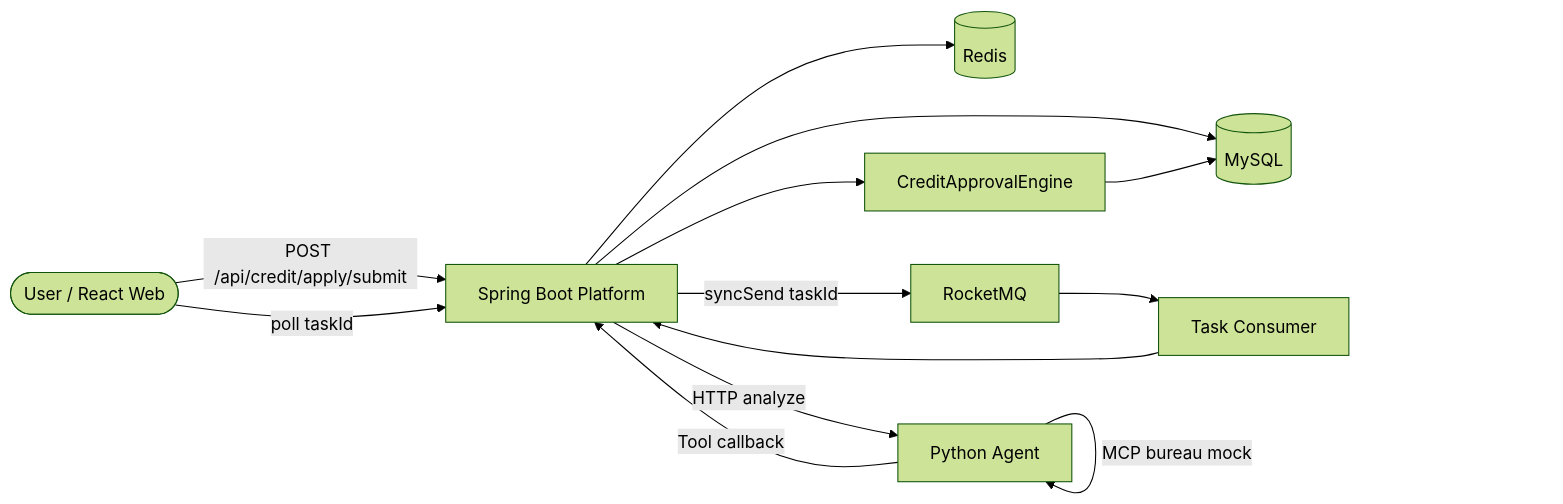
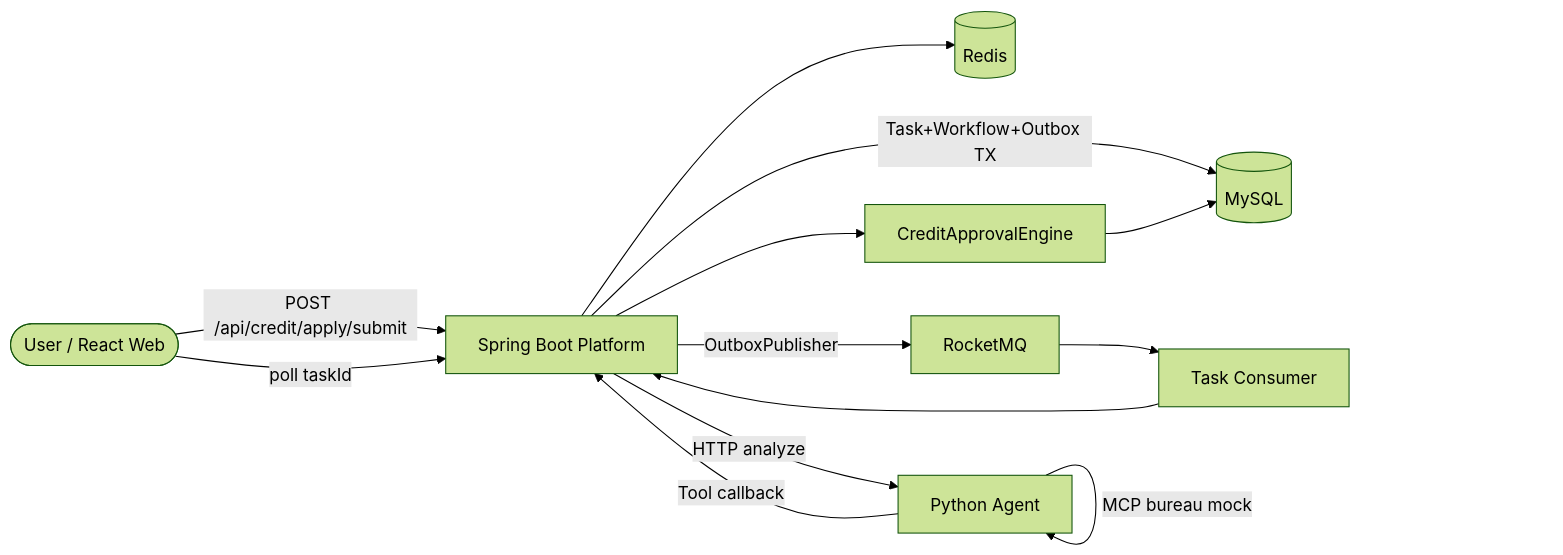
Before and after one commit to xiiiiimu/credit-risk-evaluation: the diagram in README.md, drawn with Mermaid (forest theme). The commit also changed other lines of this file and 12 other files, not shown here.

````diff
--- a/README.md
+++ b/README.md
@@ -24,24 +24,24 @@
 ```mermaid
 flowchart LR
     User([User / React Web])
     SB[Spring Boot Platform]
     MySQL[(MySQL)]
     Redis[(Redis)]
     MQ[RocketMQ]
     Consumer[Task Consumer]
     Agent[Python Agent]
     Rule[CreditApprovalEngine]
 
     User -->|POST /api/credit/apply/submit| SB
-    SB --> MySQL
+    SB -->|Task+Workflow+Outbox TX| MySQL
     SB --> Redis
-    SB -->|syncSend taskId| MQ
+    SB -->|OutboxPublisher| MQ
     MQ --> Consumer
     Consumer --> SB
     SB -->|HTTP analyze| Agent
     Agent -->|Tool callback| SB
     Agent -->|MCP bureau mock| Agent
     SB --> Rule
     Rule --> MySQL
     User -->|poll taskId| SB
 ```
````
